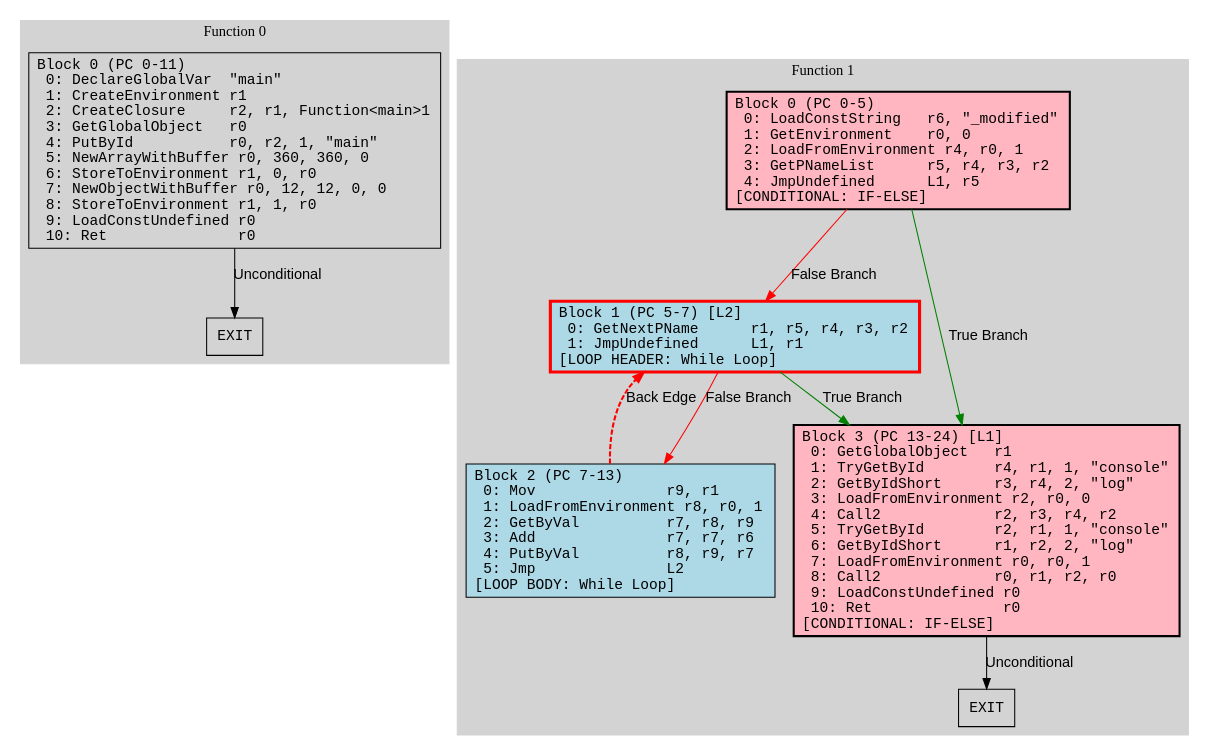
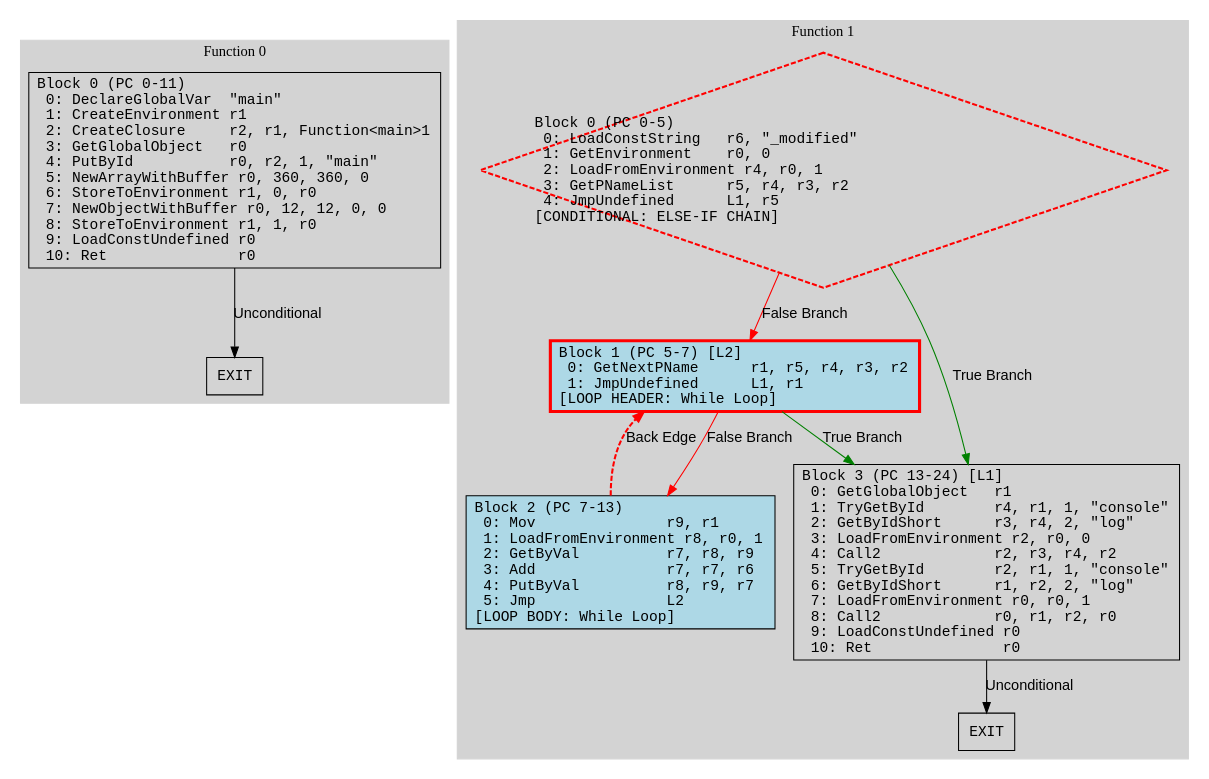
Before and after one commit to kroo/hermes-dec-rs: the diagram in data/cfg_visualizations/array_constants_v90/array_constants_v90_analysis.dot, drawn with Graphviz. The commit also changed 136 other files, not shown here.

```diff
--- a/data/cfg_visualizations/array_constants_v90/array_constants_v90_analysis.dot
+++ b/data/cfg_visualizations/array_constants_v90/array_constants_v90_analysis.dot
@@ -1,44 +1,44 @@
 digraph {
   rankdir=TB;
   node [shape=box, fontname="monospace"];
   edge [fontname="Arial"];
 
   subgraph cluster_function_0 {
     label = "Function 0";
     style = filled;
     color = lightgrey;
 
     edge [fontname="Arial"];
 
     f0_n0 [label="Block 0 (PC 0-11)\l  0: DeclareGlobalVar  \"main\"\l  1: CreateEnvironment r1\l  2: CreateClosure     r2, r1, Function<main>1\l  3: GetGlobalObject   r0\l  4: PutById           r0, r2, 1, \"main\"\l  5: NewArrayWithBuffer r0, 360, 360, 0\l  6: StoreToEnvironment r1, 0, r0\l  7: NewObjectWithBuffer r0, 12, 12, 0, 0\l  8: StoreToEnvironment r1, 1, r0\l  9: LoadConstUndefined r0\l  10: Ret               r0\l"]
     f0_n1 [style=filled, fillcolor=lightgray, label="EXIT"]
 
     f0_n0 -> f0_n1 [label="Unconditional", color=black]
   }
 
   subgraph cluster_function_1 {
     label = "Function 1";
     style = filled;
     color = lightgrey;
 
     edge [fontname="Arial"];
 
-    f1_n0 [style=filled, fillcolor="lightpink", shape=box, penwidth=2, color=black, label="Block 0 (PC 0-5)\l  0: LoadConstString   r6, \"_modified\"\l  1: GetEnvironment    r0, 0\l  2: LoadFromEnvironment r4, r0, 1\l  3: GetPNameList      r5, r4, r3, r2\l  4: JmpUndefined      L1, r5\l[CONDITIONAL: IF-ELSE]\l"]
+    f1_n0 [style=filled, fillcolor="lightcoral", shape=diamond, penwidth=2, color=red, style=dashed, label="Block 0 (PC 0-5)\l  0: LoadConstString   r6, \"_modified\"\l  1: GetEnvironment    r0, 0\l  2: LoadFromEnvironment r4, r0, 1\l  3: GetPNameList      r5, r4, r3, r2\l  4: JmpUndefined      L1, r5\l[CONDITIONAL: ELSE-IF CHAIN]\l"]
     f1_n1 [style=filled, fillcolor="lightblue", penwidth=3, color=red, label="Block 1 (PC 5-7) [L2]\l  0: GetNextPName      r1, r5, r4, r3, r2\l  1: JmpUndefined      L1, r1\l[LOOP HEADER: While Loop]\l"]
     f1_n2 [style=filled, fillcolor="lightblue", label="Block 2 (PC 7-13)\l  0: Mov               r9, r1\l  1: LoadFromEnvironment r8, r0, 1\l  2: GetByVal          r7, r8, r9\l  3: Add               r7, r7, r6\l  4: PutByVal          r8, r9, r7\l  5: Jmp               L2\l[LOOP BODY: While Loop]\l"]
-    f1_n3 [style=filled, fillcolor="lightpink", shape=box, penwidth=2, color=black, label="Block 3 (PC 13-24) [L1]\l  0: GetGlobalObject   r1\l  1: TryGetById        r4, r1, 1, \"console\"\l  2: GetByIdShort      r3, r4, 2, \"log\"\l  3: LoadFromEnvironment r2, r0, 0\l  4: Call2             r2, r3, r4, r2\l  5: TryGetById        r2, r1, 1, \"console\"\l  6: GetByIdShort      r1, r2, 2, \"log\"\l  7: LoadFromEnvironment r0, r0, 1\l  8: Call2             r0, r1, r2, r0\l  9: LoadConstUndefined r0\l  10: Ret               r0\l[CONDITIONAL: IF-ELSE]\l"]
+    f1_n3 [label="Block 3 (PC 13-24) [L1]\l  0: GetGlobalObject   r1\l  1: TryGetById        r4, r1, 1, \"console\"\l  2: GetByIdShort      r3, r4, 2, \"log\"\l  3: LoadFromEnvironment r2, r0, 0\l  4: Call2             r2, r3, r4, r2\l  5: TryGetById        r2, r1, 1, \"console\"\l  6: GetByIdShort      r1, r2, 2, \"log\"\l  7: LoadFromEnvironment r0, r0, 1\l  8: Call2             r0, r1, r2, r0\l  9: LoadConstUndefined r0\l  10: Ret               r0\l"]
     f1_n4 [style=filled, fillcolor=lightgray, label="EXIT"]
 
     f1_n0 -> f1_n3 [label="True Branch", color=green]
     f1_n0 -> f1_n1 [label="False Branch", color=red]
     f1_n1 -> f1_n3 [label="True Branch", color=green]
     f1_n1 -> f1_n2 [label="False Branch", color=red]
     f1_n2 -> f1_n1 [label="Unconditional", color=black, color=red, penwidth=2, style=dashed, label="Back Edge"]
     f1_n3 -> f1_n4 [label="Unconditional", color=black]
 
     // Analysis Legend
-    // Conditional: IF-ELSE
     // Loop: While Loop
+    // Conditional: ELSE-IF CHAIN
   }
 
 }
```
